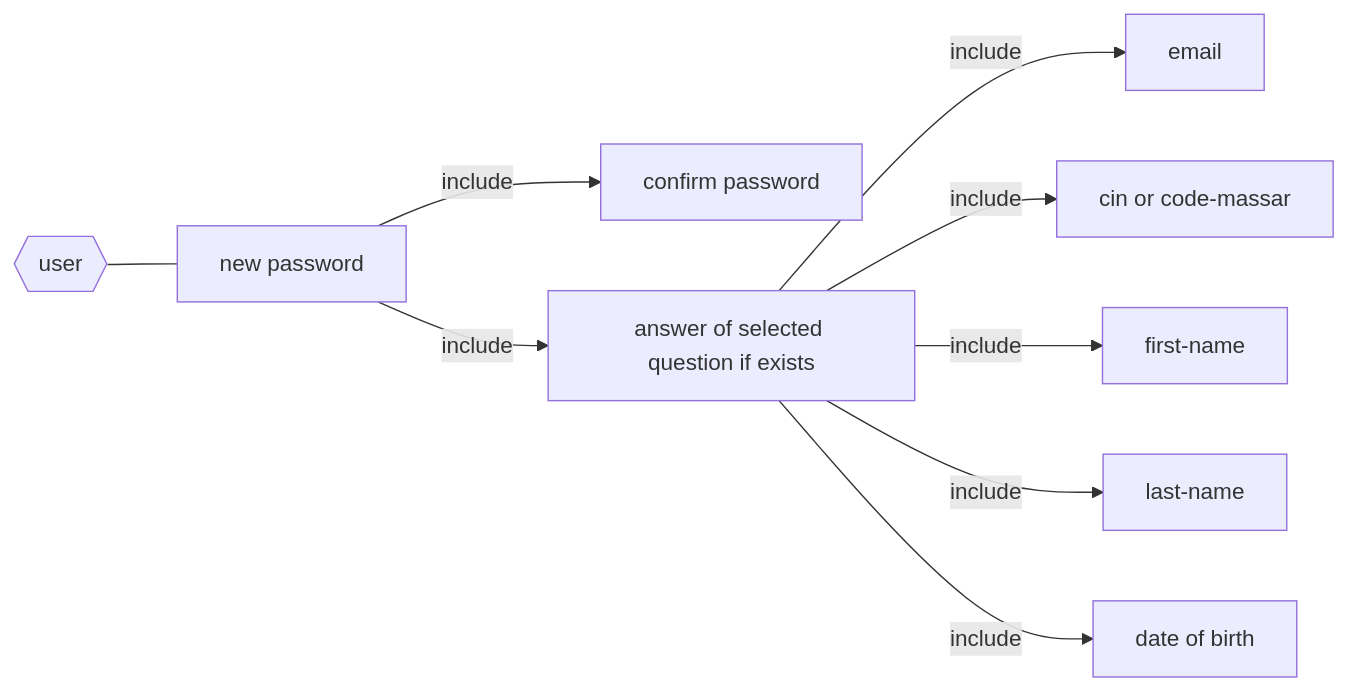
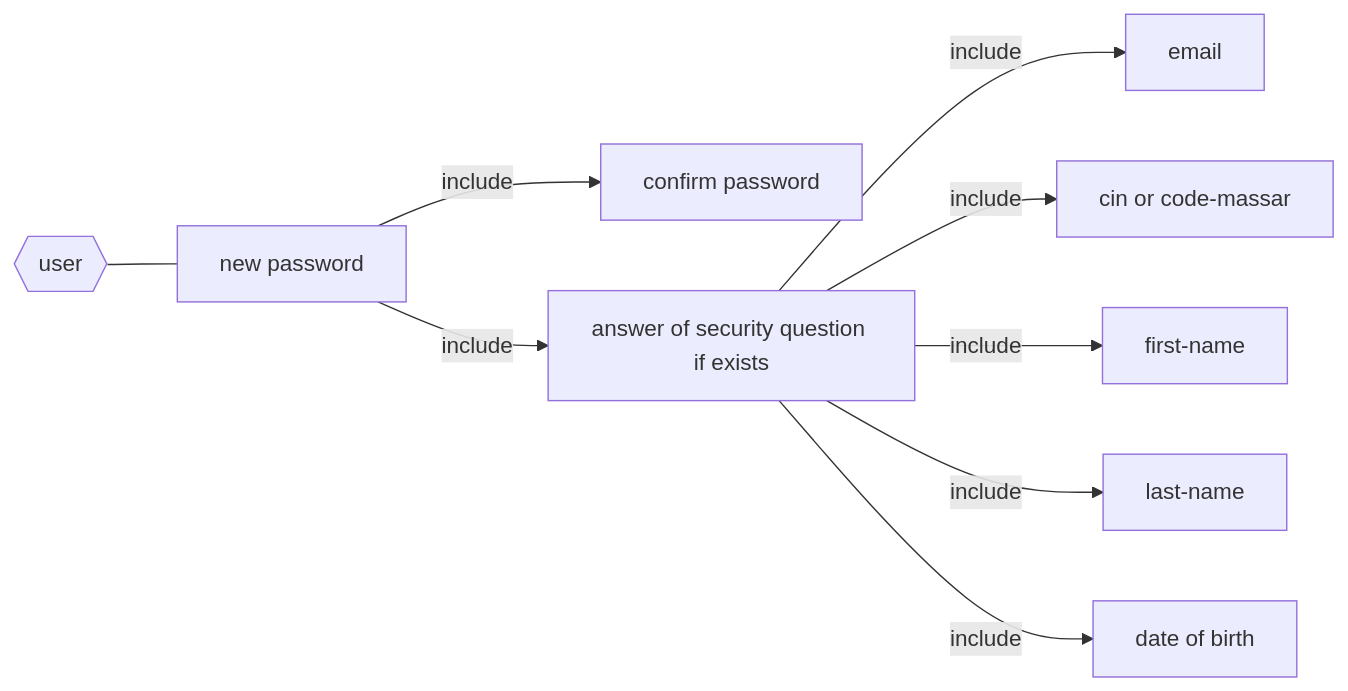
The diagram in diagrams/reset-password.md (idlli/E-Campus), drawn with Mermaid before and after one commit.

````diff
--- a/diagrams/reset-password.md
+++ b/diagrams/reset-password.md
@@ -2,11 +2,11 @@
 ```mermaid
 graph LR
     user{{user}} --- n-password[new password]
     n-password --> |include| c-password[confirm password]
-    n-password --> |include| answer[answer of selected question if exists]
+    n-password --> |include| answer[answer of security question if exists]
     answer --> |include| email
     answer --> |include| cin[cin or code-massar]
     answer --> |include| f-name[first-name]
     answer --> |include| l-name[last-name]
     answer --> |include| d-birth[date of birth]
 ```
````
